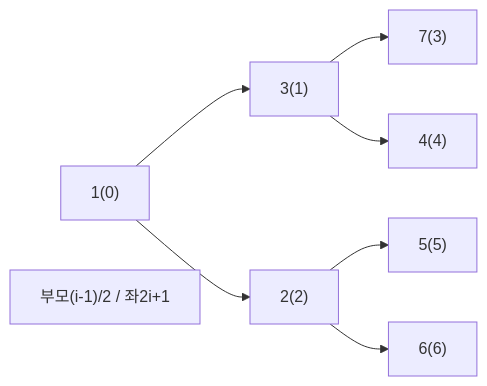
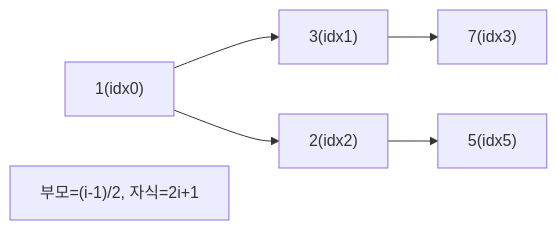
One commit to yjkim2015/yjkim2015.github.io changed diagram 17 of 21 in _posts/java/2026-05-01-java-collections.md. Above: the diagram before and after it, drawn with Mermaid. The commit also changed other lines of this file and 163 other files, not shown here.

First line of the commit message:
Mermaid 300개 블록 내용 축소: 5노드 5엣지 이하, 의미 있는 약어

````diff
--- a/_posts/java/2026-05-01-java-collections.md
+++ b/_posts/java/2026-05-01-java-collections.md
@@ -687,7 +683,8 @@
 ```mermaid
 graph LR
-    N1["1(0)"] --> N3["3(1)"] & N2["2(2)"]
-    N3 --> N7["7(3)"] & N4["4(4)"]
-    N2 --> N5["5(5)"] & N6["6(6)"]
-    RULE["부모(i-1)/2 / 좌2i+1"]
+    N1["1(idx0)"] --> N3["3(idx1)"]
+    N1 --> N2["2(idx2)"]
+    N3 --> N7["7(idx3)"]
+    N2 --> N5["5(idx5)"]
+    RULE["부모=(i-1)/2, 자식=2i+1"]
 ```
````
